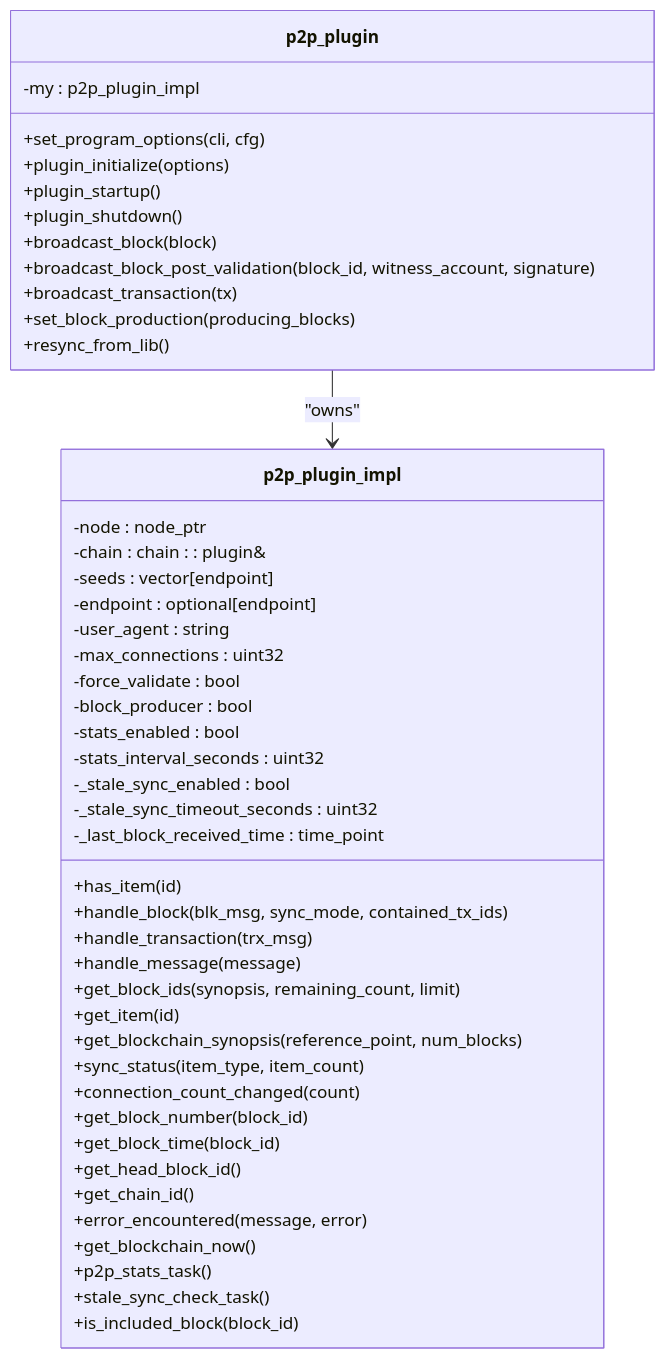
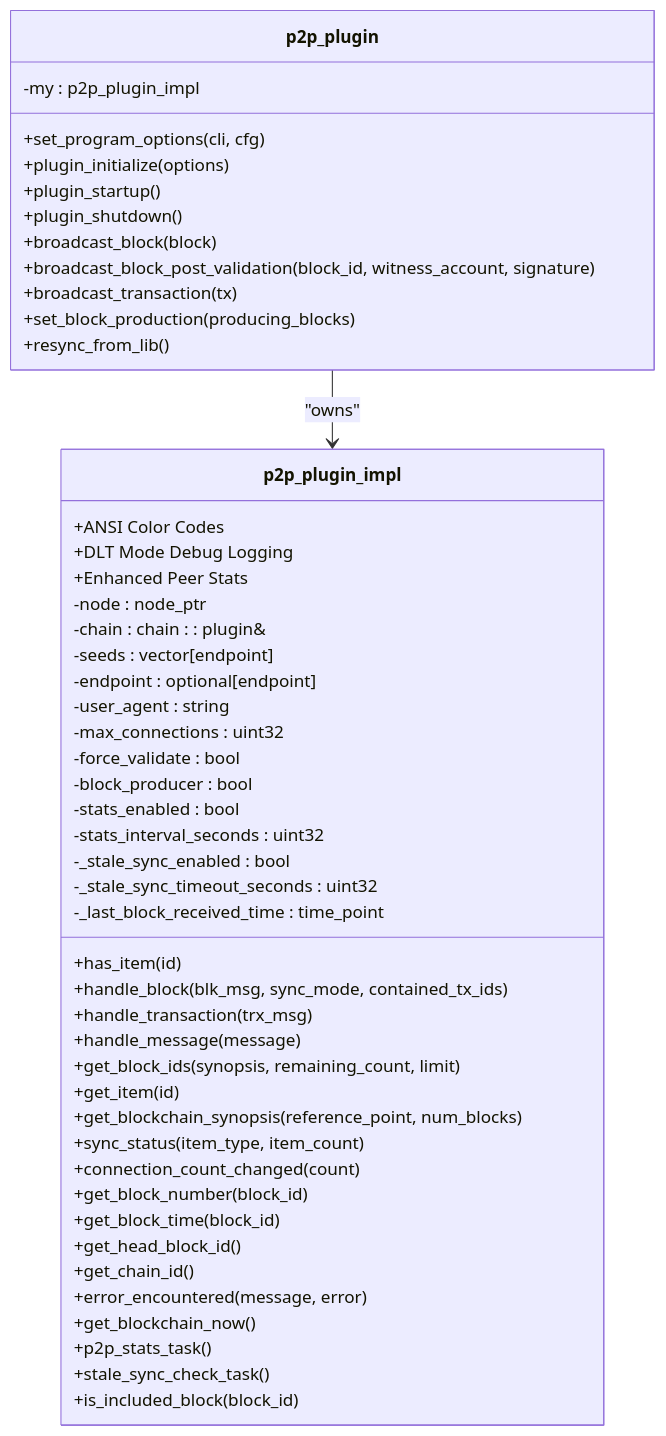
The second of 36 diagrams in .qoder/repowiki/en/content/P2p Plugin.md (VIZ-Blockchain/viz-cpp-node), drawn with Mermaid before and after one commit. The commit also changed other lines of this file and 3 other files, not shown here.

First line of the commit message:
feat(p2p): add ANSI color-coded logging for enhanced readability and debugging

````diff
--- a/.qoder/repowiki/en/content/P2p Plugin.md
+++ b/.qoder/repowiki/en/content/P2p Plugin.md
@@ -126,49 +132,52 @@
 ```mermaid
 classDiagram
 class p2p_plugin {
 +set_program_options(cli, cfg)
 +plugin_initialize(options)
 +plugin_startup()
 +plugin_shutdown()
 +broadcast_block(block)
 +broadcast_block_post_validation(block_id, witness_account, signature)
 +broadcast_transaction(tx)
 +set_block_production(producing_blocks)
 +resync_from_lib()
 -my : p2p_plugin_impl
 }
 class p2p_plugin_impl {
 +has_item(id)
 +handle_block(blk_msg, sync_mode, contained_tx_ids)
 +handle_transaction(trx_msg)
 +handle_message(message)
 +get_block_ids(synopsis, remaining_count, limit)
 +get_item(id)
 +get_blockchain_synopsis(reference_point, num_blocks)
 +sync_status(item_type, item_count)
 +connection_count_changed(count)
 +get_block_number(block_id)
 +get_block_time(block_id)
 +get_head_block_id()
 +get_chain_id()
 +error_encountered(message, error)
 +get_blockchain_now()
 +p2p_stats_task()
 +stale_sync_check_task()
 +is_included_block(block_id)
++ANSI Color Codes
++DLT Mode Debug Logging
++Enhanced Peer Stats
 -node : node_ptr
 -chain : chain : : plugin&
 -seeds : vector[endpoint]
 -endpoint : optional[endpoint]
 -user_agent : string
 -max_connections : uint32
 -force_validate : bool
 -block_producer : bool
 -stats_enabled : bool
 -stats_interval_seconds : uint32
 -_stale_sync_enabled : bool
 -_stale_sync_timeout_seconds : uint32
 -_last_block_received_time : time_point
 }
 p2p_plugin --> p2p_plugin_impl : "owns"
 ```
````
